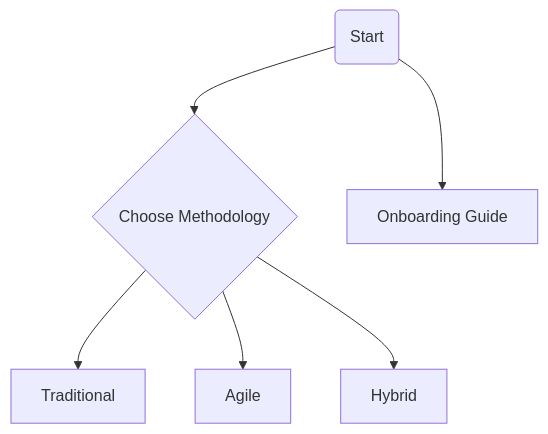
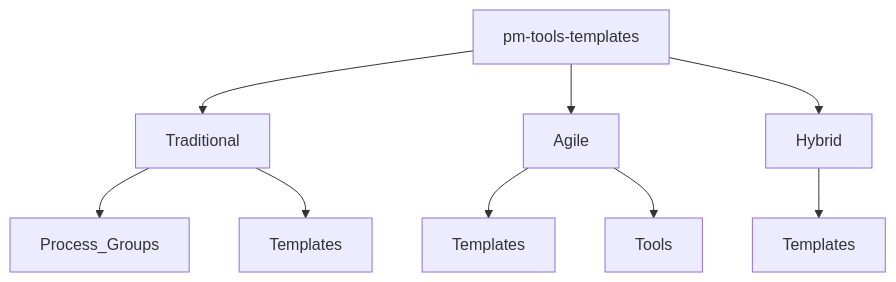
Before and after one commit to mirichard/pm-tools-templates: the diagram in README.md, drawn with Mermaid. The commit also changed other lines of this file and 1 other file, not shown here.

````diff
--- a/README.md
+++ b/README.md
@@ -85,8 +44,11 @@
 ```mermaid
-flowchart TD
-    A(Start) --> B{Choose Methodology}
-    B --> C[Traditional]
-    B --> D[Agile]
-    B --> E[Hybrid]
-    A --> F[Onboarding Guide]
+graph TD;
+    A[pm-tools-templates] --> B[Traditional];
+    A --> C[Agile];
+    A --> D[Hybrid];
+    B --> B1[Process_Groups];
+    B --> B2[Templates];
+    C --> C1[Templates];
+    C --> C2[Tools];
+    D --> D1[Templates];
 ```
````
